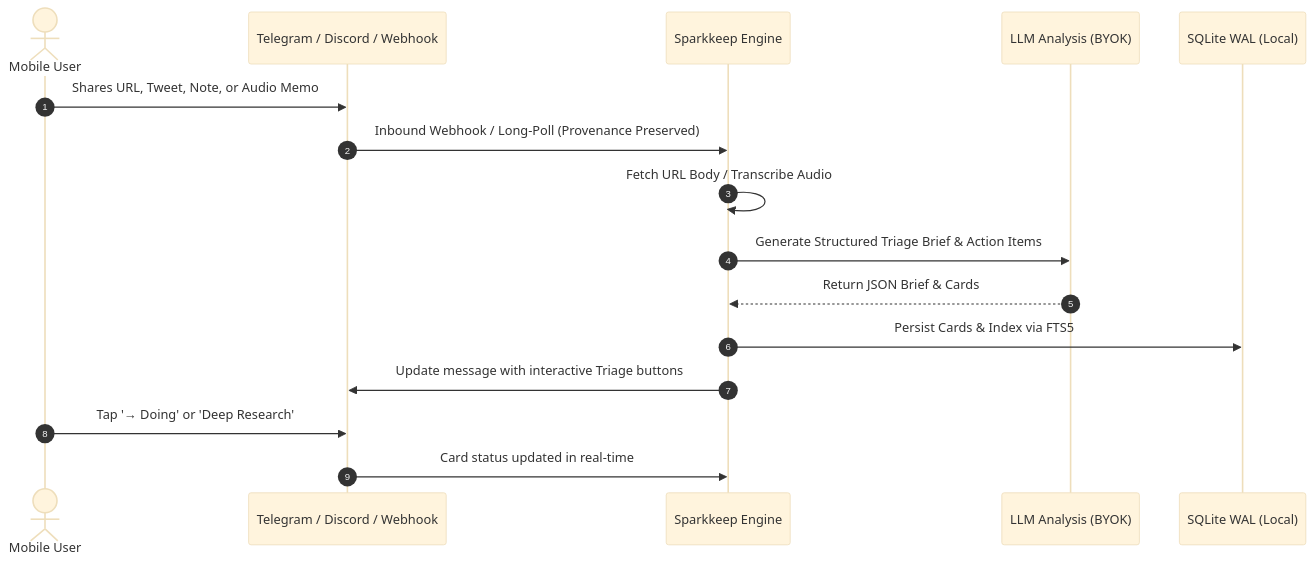
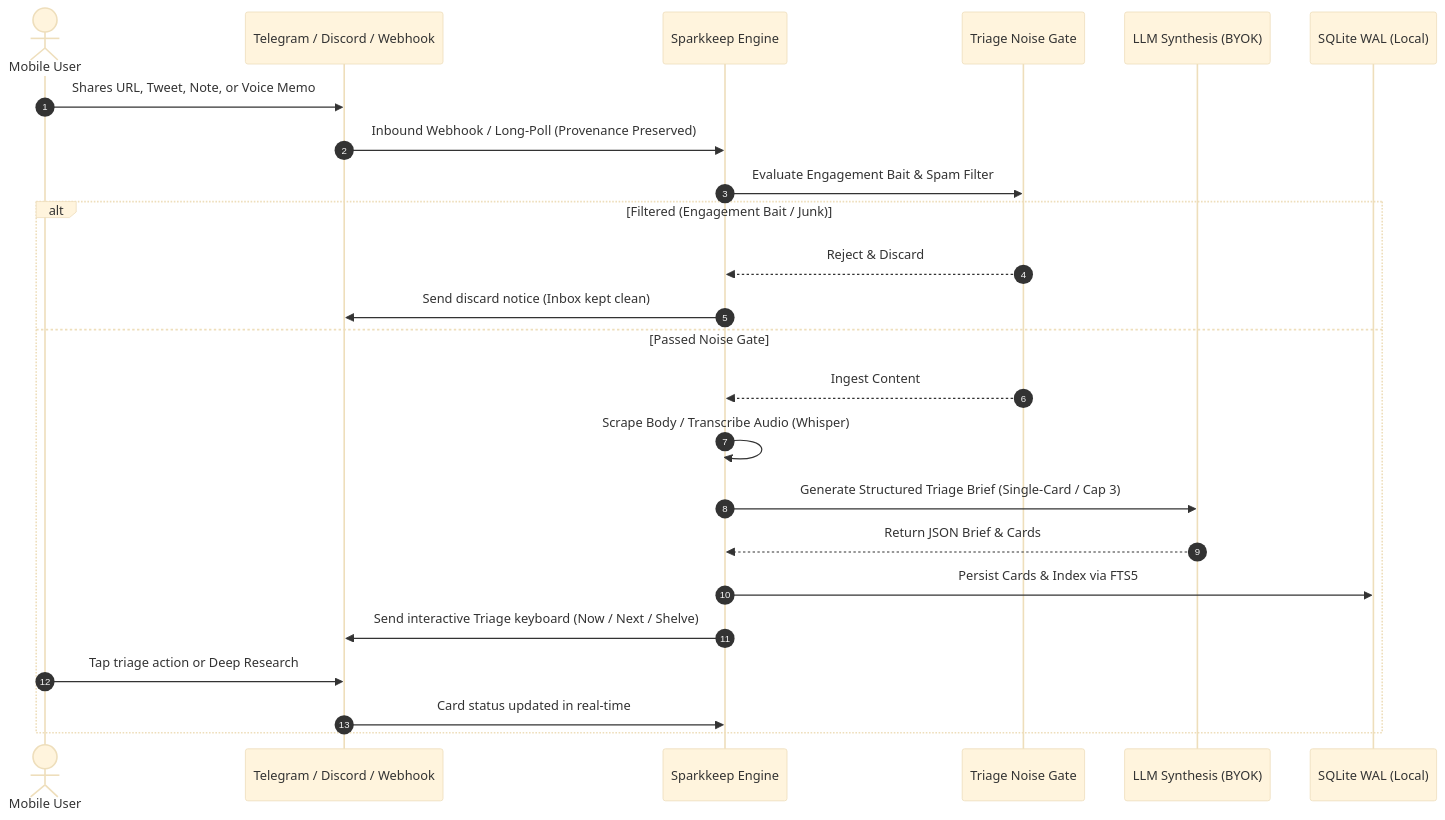
One commit to BurlacuAndrei/sparkkeep changed the third of 3 diagrams in README.md. Above: the diagram before and after it, drawn with Mermaid (base theme). The commit also changed other lines of this file and 10 other files, not shown here.

Commit message:
docs(readme): update README with Playbook Studio, noise gate, subject cards, and fresh screenshots

````diff
--- a/README.md
+++ b/README.md
@@ -236,19 +257,27 @@
 ```mermaid
 sequenceDiagram
     autonumber
     actor User as Mobile User
     participant Channels as Telegram / Discord / Webhook
     participant Hub as Sparkkeep Engine
-    participant LLM as LLM Analysis (BYOK)
+    participant Gate as Triage Noise Gate
+    participant LLM as LLM Synthesis (BYOK)
     participant DB as SQLite WAL (Local)
 
-    User->>Channels: Shares URL, Tweet, Note, or Audio Memo
+    User->>Channels: Shares URL, Tweet, Note, or Voice Memo
     Channels->>Hub: Inbound Webhook / Long-Poll (Provenance Preserved)
-    Hub->>Hub: Fetch URL Body / Transcribe Audio
-    Hub->>LLM: Generate Structured Triage Brief & Action Items
-    LLM-->>Hub: Return JSON Brief & Cards
-    Hub->>DB: Persist Cards & Index via FTS5
-    Hub->>Channels: Update message with interactive Triage buttons
-    User->>Channels: Tap '→ Doing' or 'Deep Research'
-    Channels->>Hub: Card status updated in real-time
+    Hub->>Gate: Evaluate Engagement Bait & Spam Filter
+    alt Filtered (Engagement Bait / Junk)
+        Gate-->>Hub: Reject & Discard
+        Hub->>Channels: Send discard notice (Inbox kept clean)
+    else Passed Noise Gate
+        Gate-->>Hub: Ingest Content
+        Hub->>Hub: Scrape Body / Transcribe Audio (Whisper)
+        Hub->>LLM: Generate Structured Triage Brief (Single-Card / Cap 3)
+        LLM-->>Hub: Return JSON Brief & Cards
+        Hub->>DB: Persist Cards & Index via FTS5
+        Hub->>Channels: Send interactive Triage keyboard (Now / Next / Shelve)
+        User->>Channels: Tap triage action or Deep Research
+        Channels->>Hub: Card status updated in real-time
+    end
 ```
````
